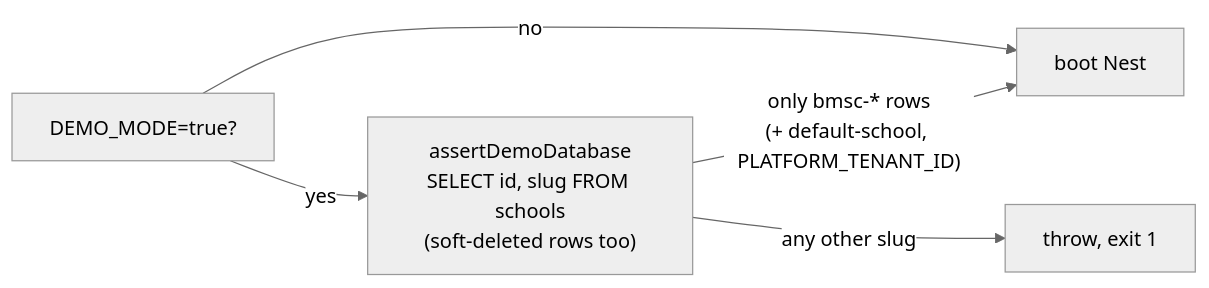
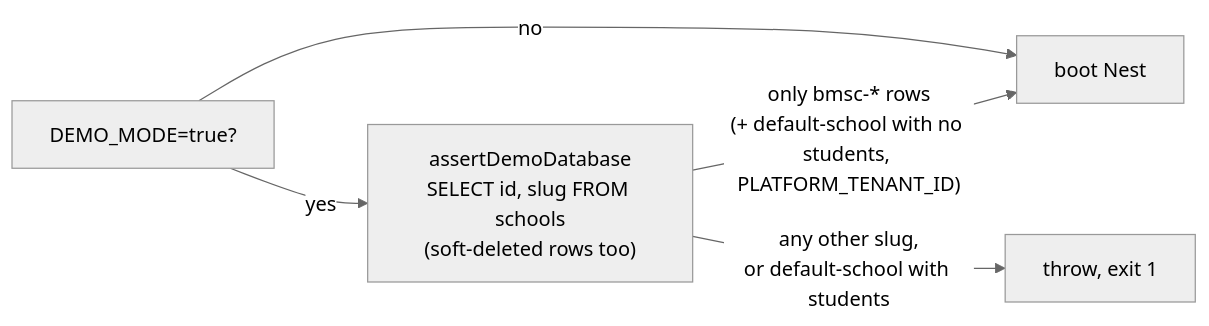
One commit to tareq89/biddaloy changed diagram 17 of 23 in docs/architecture/08-security.md. Above: the diagram before and after it, drawn with Mermaid (neutral theme). The commit also changed other lines of this file and 2 other files, not shown here.

Commit message:
[58.1.01] fix: boot check exempts default-school only while it has no students
A pre-multi-tenant install moved all its real data into default-school, so a
DEMO_MODE server pointed at such a database used to pass the D30 check. The
load query now reports whether each school has students, and default-school
with students is refused like any other non-demo school.

Review r2 m9 on PR #2505.

Refs #2157

````diff
--- a/docs/architecture/08-security.md
+++ b/docs/architecture/08-security.md
@@ -875,7 +875,7 @@
 ```mermaid
 flowchart LR
   A["DEMO_MODE=true?"] -->|no| N[boot Nest]
   A -->|yes| B["assertDemoDatabase<br/>SELECT id, slug FROM schools<br/>(soft-deleted rows too)"]
-  B -->|"only bmsc-* rows<br/>(+ default-school, PLATFORM_TENANT_ID)"| N
-  B -->|"any other slug"| X["throw, exit 1"]
+  B -->|"only bmsc-* rows<br/>(+ default-school with no students, PLATFORM_TENANT_ID)"| N
+  B -->|"any other slug,<br/>or default-school with students"| X["throw, exit 1"]
 ```
````
